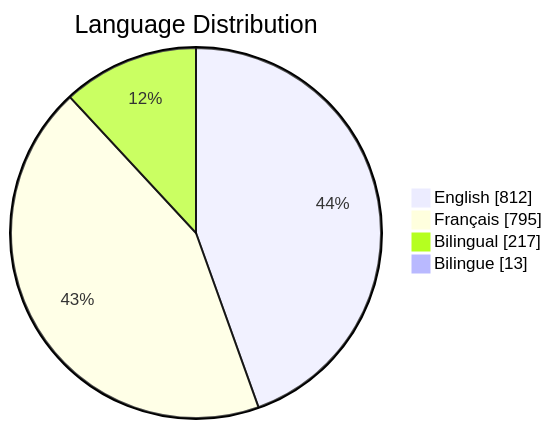
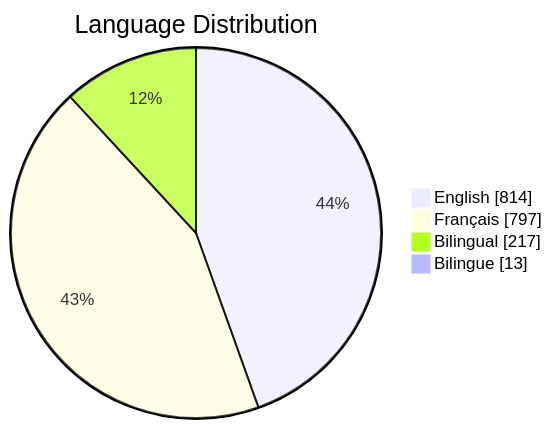
The third of 6 diagrams in README.md (PatLittle/GC-Socials), drawn with Mermaid before and after one commit. The commit also changed other lines of this file, not shown here.

Commit message:
Update README with Platform Distribution pie chart

````diff
--- a/README.md
+++ b/README.md
@@ -65,7 +65,7 @@
 ```mermaid
 pie showData title Language Distribution
-    "English": 812
-    "Français": 795
+    "English": 814
+    "Français": 797
     "Bilingual": 217
     "Bilingue": 13
 ```
````
